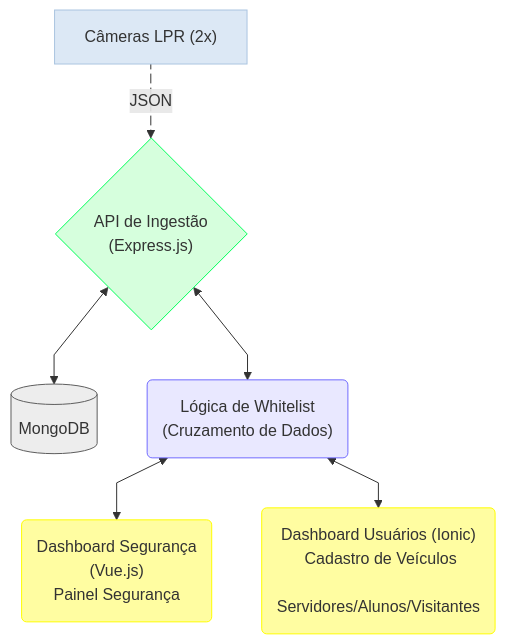
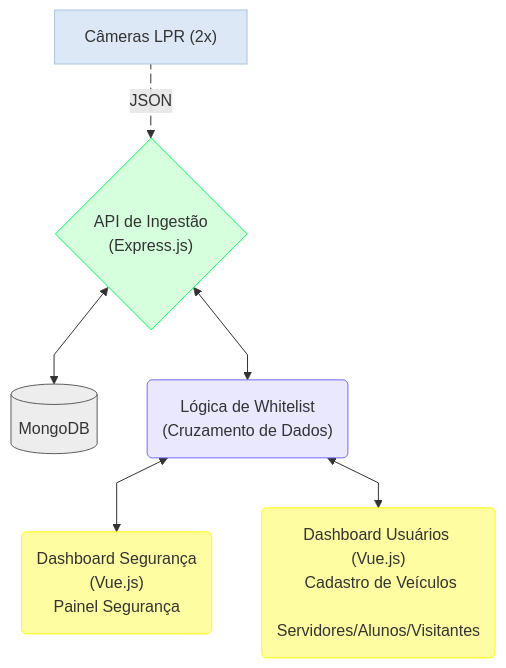
Before and after one commit to alberthydev/carcara-sentinela: the first of 3 diagrams in README.md, drawn with Mermaid.

````diff
--- a/README.md
+++ b/README.md
@@ -65,20 +65,20 @@
 ```mermaid
 flowchart TD
     A["Câmeras LPR (2x)"] e1@-->|JSON| B{"API de Ingestão \n(Express.js)"}
     e1@{ animate: true, curve: linear }
     B e2@<--> C[(MongoDB)]
     B e3@<--> D("Lógica de Whitelist \n(Cruzamento de Dados)")
     D e4@<--> E("Dashboard Segurança \n(Vue.js)\nPainel Segurança")
-    D e5@<--> F("Dashboard Usuários (Ionic)\n Cadastro de Veículos\n Servidores/Alunos/Visitantes")
+    D e5@<--> F("Dashboard Usuários (Vue.js)\n Cadastro de Veículos\n Servidores/Alunos/Visitantes")
     e2@{ curve: linear }
     e3@{ curve: linear }
     e4@{ curve: linear }
     e5@{ curve: linear }
   
     style A fill:#dce8f5,stroke:#aac4e0
     style B fill:#D6FFDD,stroke:#00FF59
     style C fill:#EDEDED,stroke:#5E5E5E
     style D fill:#E9E8FF,stroke:#716BFF
     style E fill:#FFFDA1,stroke:#FFFD00
     style F fill:#FFFDA1,stroke:#FFFD00
 ```
````
